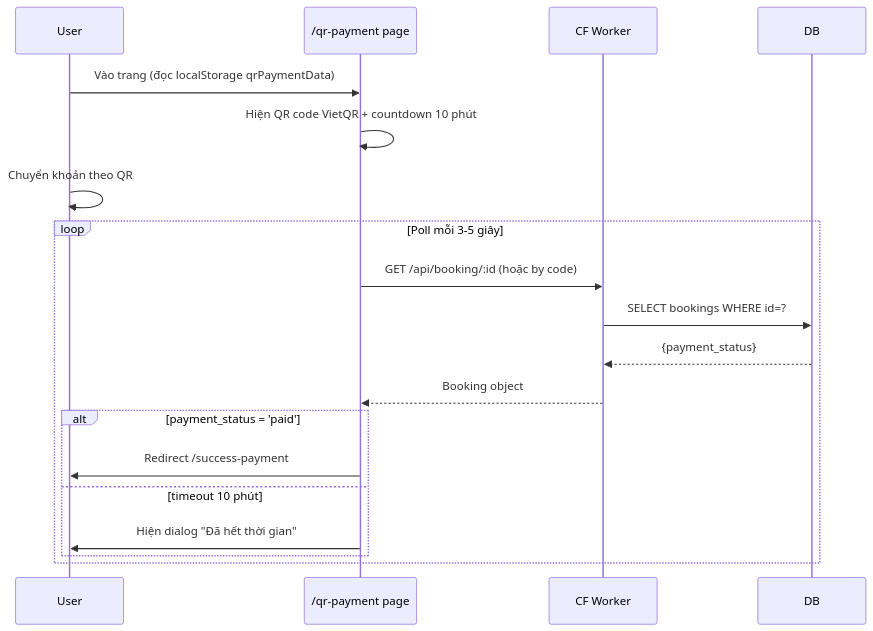
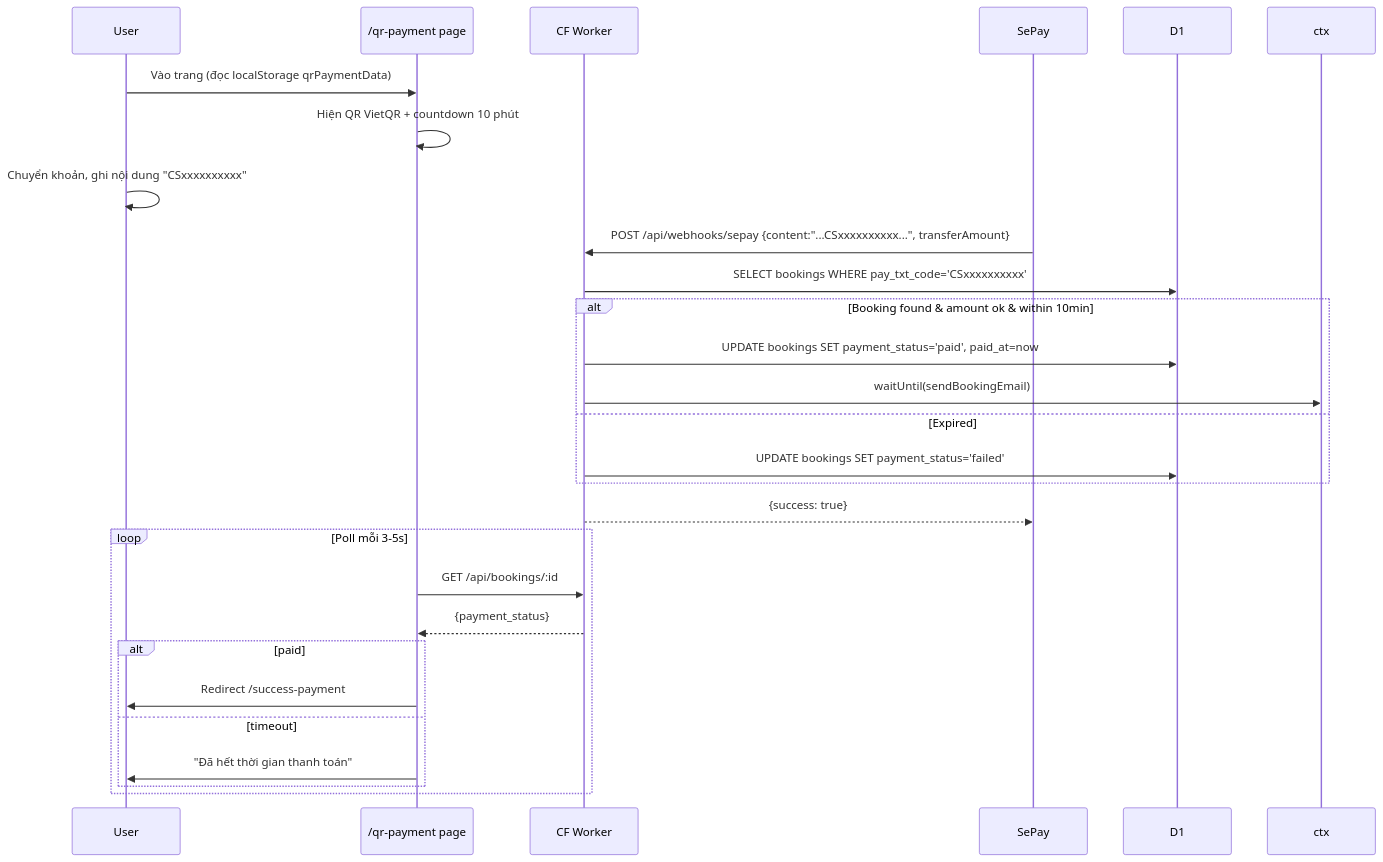
The fourth of 8 diagrams in PROJECT_OVERVIEW.md (baonhatt/CTBooking), drawn with Mermaid before and after one commit. The commit also changed other lines of this file and 54 other files, not shown here.

````diff
--- a/PROJECT_OVERVIEW.md
+++ b/PROJECT_OVERVIEW.md
@@ -374,22 +391,32 @@
 ```mermaid
 sequenceDiagram
     participant U as User
     participant QR as /qr-payment page
     participant W as CF Worker
+    participant SePay as SePay
+    participant DB as D1
 
     U->>QR: Vào trang (đọc localStorage qrPaymentData)
-    QR->>QR: Hiện QR code VietQR + countdown 10 phút
-    U->>U: Chuyển khoản theo QR
-    
-    loop Poll mỗi 3-5 giây
-        QR->>W: GET /api/booking/:id (hoặc by code)
-        W->>DB: SELECT bookings WHERE id=?
-        DB-->>W: {payment_status}
-        W-->>QR: Booking object
-        alt payment_status = 'paid'
+    QR->>QR: Hiện QR VietQR + countdown 10 phút
+    U->>U: Chuyển khoản, ghi nội dung "CSxxxxxxxxxx"
+
+    SePay->>W: POST /api/webhooks/sepay {content:"...CSxxxxxxxxxx...", transferAmount}
+    W->>DB: SELECT bookings WHERE pay_txt_code='CSxxxxxxxxxx'
+    alt Booking found & amount ok & within 10min
+        W->>DB: UPDATE bookings SET payment_status='paid', paid_at=now
+        W->>ctx: waitUntil(sendBookingEmail)
+    else Expired
+        W->>DB: UPDATE bookings SET payment_status='failed'
+    end
+    W-->>SePay: {success: true}
+
+    loop Poll mỗi 3-5s
+        QR->>W: GET /api/bookings/:id
+        W-->>QR: {payment_status}
+        alt paid
             QR->>U: Redirect /success-payment
-        else timeout 10 phút
-            QR->>U: Hiện dialog "Đã hết thời gian"
+        else timeout
+            QR->>U: "Đã hết thời gian thanh toán"
         end
     end
 ```
````
